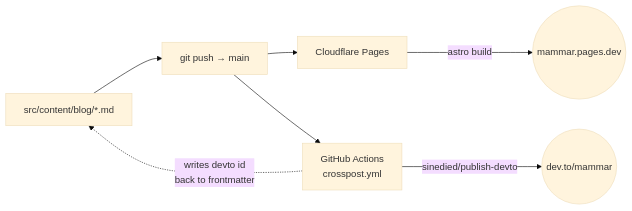
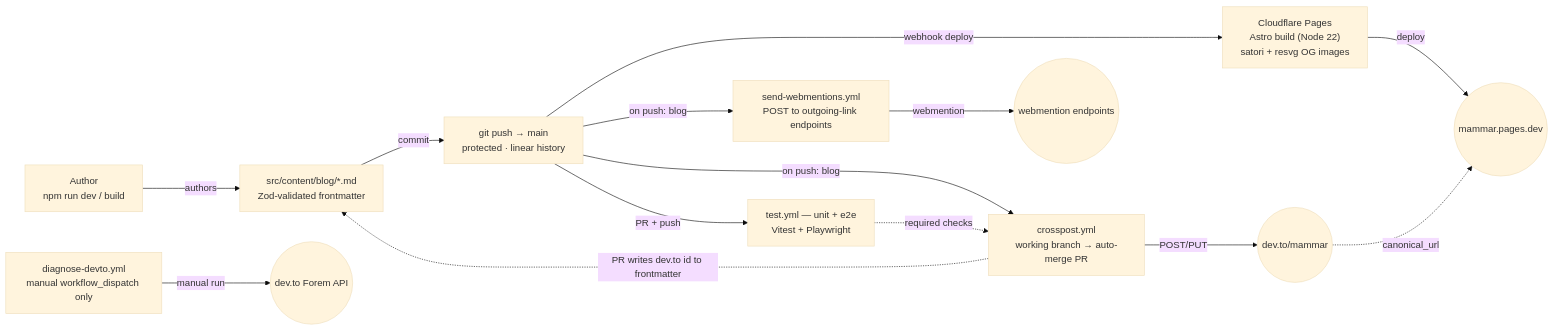
The diagram in README.md (MohammedEl-sayedAhmed/writeups), drawn with Mermaid (base theme) before and after one commit. The commit also changed other lines of this file and 8 other files, not shown here.

````diff
--- a/README.md
+++ b/README.md
@@ -14,16 +14,29 @@
 ```mermaid
 flowchart LR
-    src["src/content/blog/*.md"]
-    push["git push → main"]
-    cf["Cloudflare Pages"]
-    gh["GitHub Actions<br/>crosspost.yml"]
+    author["Author<br/>npm run dev / build"]
+    src["src/content/blog/*.md<br/>Zod-validated frontmatter"]
+    push["git push → main<br/>protected · linear history"]
+    cf["Cloudflare Pages<br/>Astro build (Node 22)<br/>satori + resvg OG images"]
+    cross["crosspost.yml<br/>working branch → auto-merge PR"]
+    test["test.yml — unit + e2e<br/>Vitest + Playwright"]
+    wm["send-webmentions.yml<br/>POST to outgoing-link endpoints"]
+    diag["diagnose-devto.yml<br/>manual workflow_dispatch only"]
     site(("mammar.pages.dev"))
     devto(("dev.to/mammar"))
+    ends(("webmention endpoints"))
+    forem(("dev.to Forem API"))
 
-    src --> push
-    push --> cf
-    push --> gh
-    cf -->|astro build| site
-    gh -->|sinedied/publish-devto| devto
-    gh -.->|writes devto id<br/>back to frontmatter| src
+    author -->|authors| src
+    src -->|commit| push
+    push -->|webhook deploy| cf
+    push -->|on push: blog| cross
+    push -->|on push: blog| wm
+    push -->|PR + push| test
+    cf -->|deploy| site
+    cross -->|POST/PUT| devto
+    cross -.->|PR writes dev.to id to frontmatter| src
+    test -.->|required checks| cross
+    wm -->|webmention| ends
+    diag -->|manual run| forem
+    devto -.->|canonical_url| site
 ```
````
